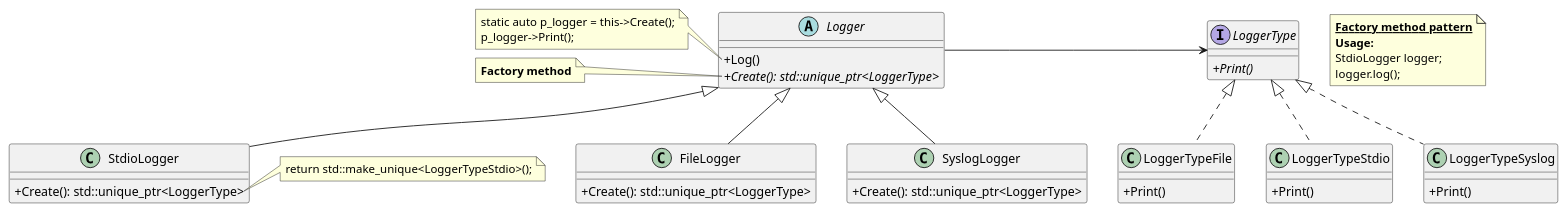
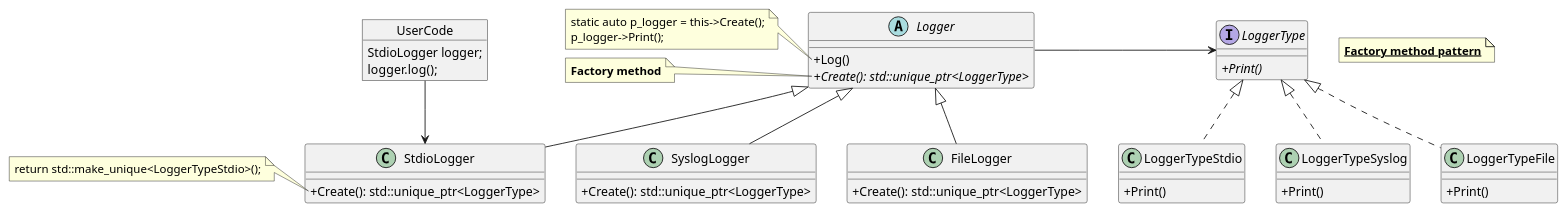
Before and after one commit to shalex88/logger: the diagram in docs/Logger.puml, drawn with PlantUML.

Commit message:
Update UML

```diff
--- a/docs/Logger.puml
+++ b/docs/Logger.puml
@@ -1,71 +1,75 @@
 @startuml
 'https://plantuml.com/class-diagram
 skinparam classAttributeIconSize 0
 
 'Classes
+object UserCode {
+    StdioLogger logger;
+    logger.log();
+}
+
 interface LoggerType {
 +{abstract}Print()
 }
 
 class LoggerTypeFile {
 +Print()
 }
 
 class LoggerTypeStdio {
 +Print()
 }
 
 class LoggerTypeSyslog {
 +Print()
 }
 
 abstract class Logger {
 +Log()
 +{abstract}Create(): std::unique_ptr<LoggerType>
 }
 
 class StdioLogger {
 +Create(): std::unique_ptr<LoggerType>
 }
 
 class FileLogger {
 +Create(): std::unique_ptr<LoggerType>
 }
 
 class SyslogLogger {
 +Create(): std::unique_ptr<LoggerType>
 }
 
 'Relations
+UserCode --> StdioLogger
+
 Logger<|-- StdioLogger
 Logger<|-- FileLogger
 Logger<|-- SyslogLogger
 
 Logger -> LoggerType
 
 LoggerType <|.. LoggerTypeStdio
 LoggerType <|.. LoggerTypeFile
 LoggerType <|.. LoggerTypeSyslog
 
 'Notes
 note as N1
     <b><u>Factory method pattern</u></b>
-    <b>Usage:</b>
-    StdioLogger logger;
-    logger.log();
 end note
 
 note left of Logger::Log()
     static auto p_logger = this->Create();
     p_logger->Print();
 end note
 
 note left of Logger::Create()
     <b>Factory method</b>
 end note
 
-note right of StdioLogger::Create()
+note left of StdioLogger::Create()
     return std::make_unique<LoggerTypeStdio>();
 end note
 
 @enduml
```
